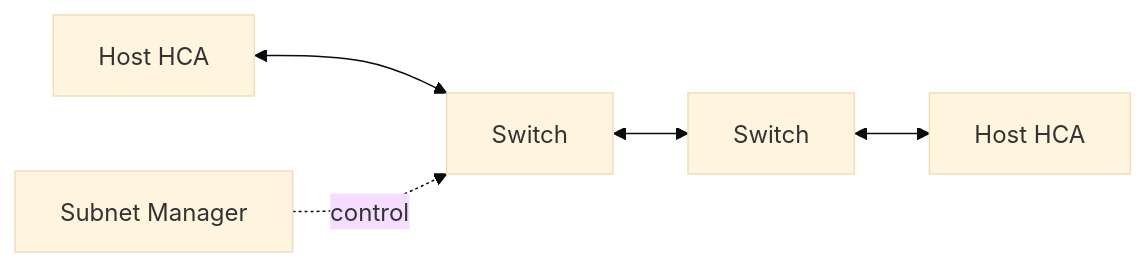
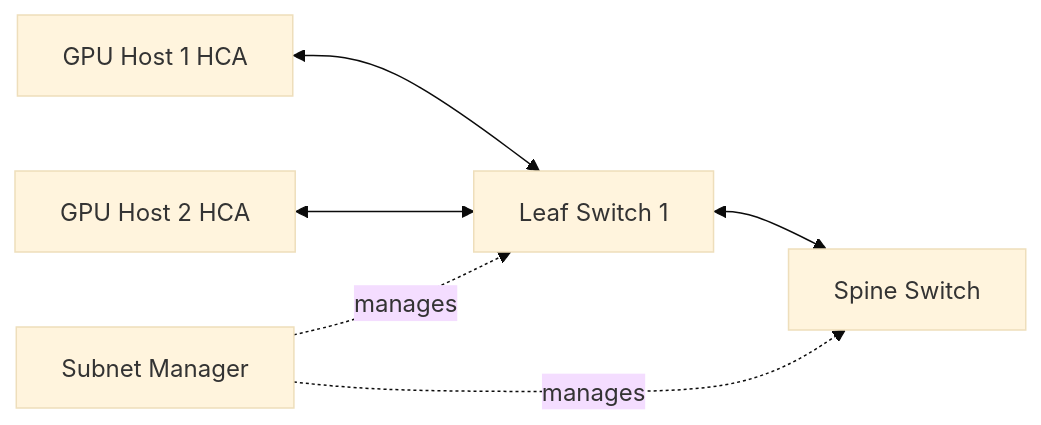
One commit to jithinpnjm/nvidia-devops changed the diagram in docs/nvidia-zero-to-hero/volume-08/labs/lab-01-inventory-an-infiniband-fabric.md. Above: the diagram before and after it, drawn with Mermaid (base theme). The commit also changed other lines of this file and 11 other files, not shown here.

````diff
--- a/docs/nvidia-zero-to-hero/volume-08/labs/lab-01-inventory-an-infiniband-fabric.md
+++ b/docs/nvidia-zero-to-hero/volume-08/labs/lab-01-inventory-an-infiniband-fabric.md
@@ -31,7 +40,8 @@
 ```mermaid
 flowchart LR
-    H1[Host HCA] <--> S1[Switch]
-    S1 <--> S2[Switch]
-    S2 <--> H2[Host HCA]
-    SM[Subnet Manager] -. control .-> S1
+    H1[GPU Host 1 HCA] <--> L1[Leaf Switch 1]
+    H2[GPU Host 2 HCA] <--> L1
+    L1 <--> S1[Spine Switch]
+    SM[Subnet Manager] -. manages .-> L1
+    SM -. manages .-> S1
 ```
````
